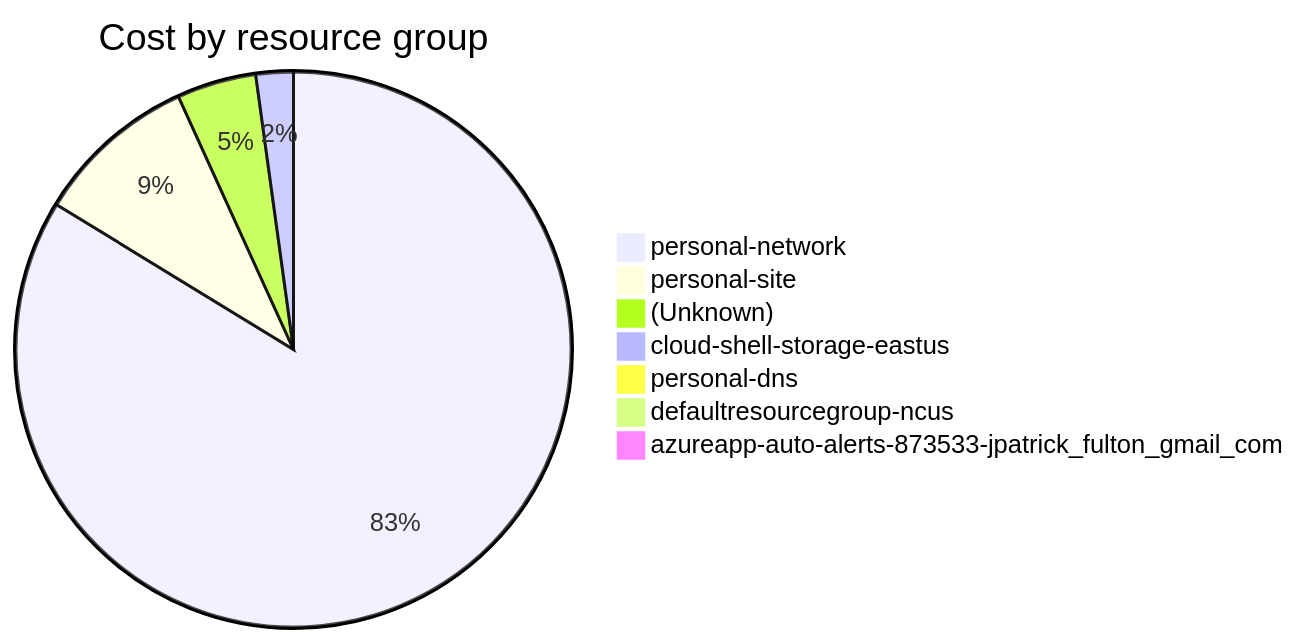
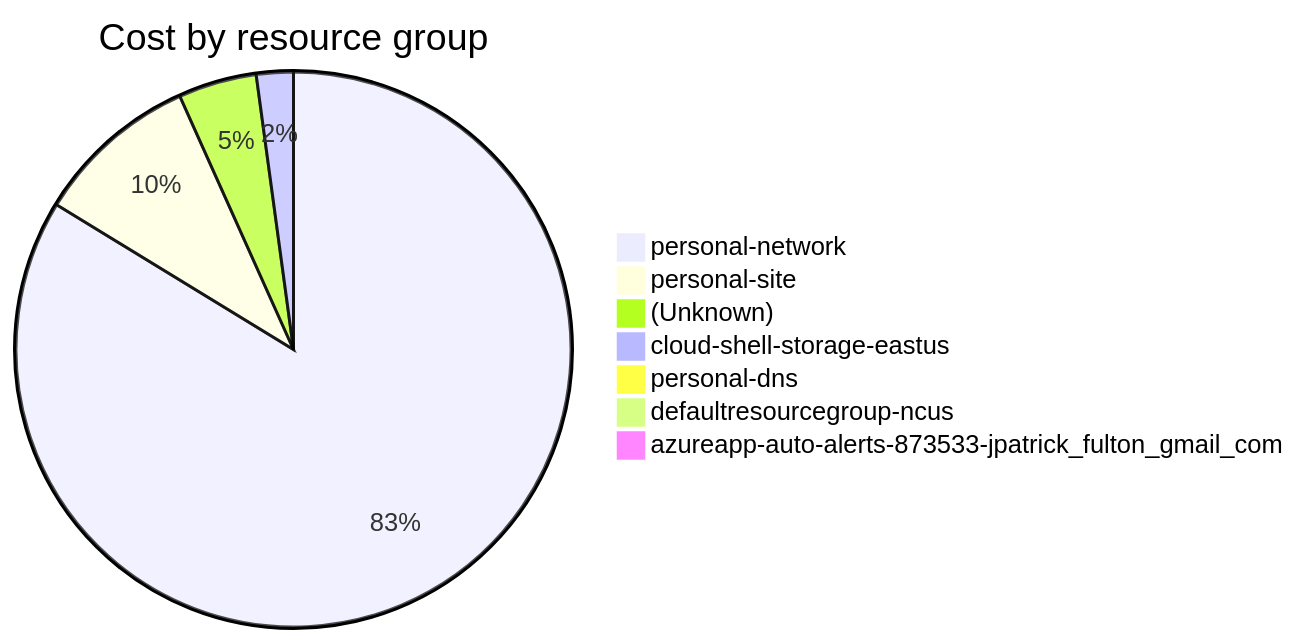
One commit to jpfulton/azure-personal-reports changed the fourth of 4 diagrams in cost-reports/accumulated-cost.md. Above: the diagram before and after it, drawn with Mermaid. The commit also changed other lines of this file and 4 other files, not shown here.

````diff
--- a/cost-reports/accumulated-cost.md
+++ b/cost-reports/accumulated-cost.md
@@ -159,11 +159,11 @@
 ```mermaid
 pie
    title Cost by resource group
-   "personal-network" : 216.01
-   "personal-site" : 24.42
-   "(Unknown)" : 11.91
-   "cloud-shell-storage-eastus" : 5.62
-   "personal-dns" : 0.75
+   "personal-network" : 219.15
+   "personal-site" : 25.02
+   "(Unknown)" : 11.94
+   "cloud-shell-storage-eastus" : 5.63
+   "personal-dns" : 0.78
    "defaultresourcegroup-ncus" : 0.00
    "azureapp-auto-alerts-873533-jpatrick_fulton_gmail_com" : 0.00
 ```
````
